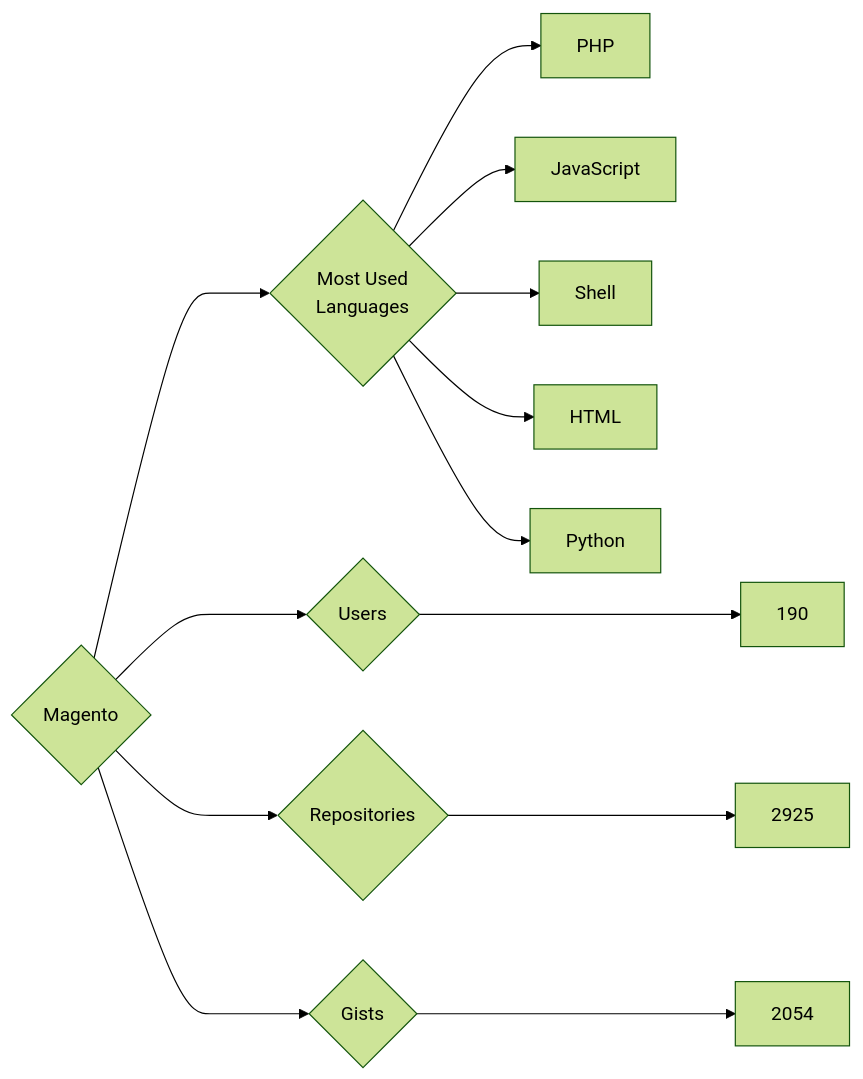
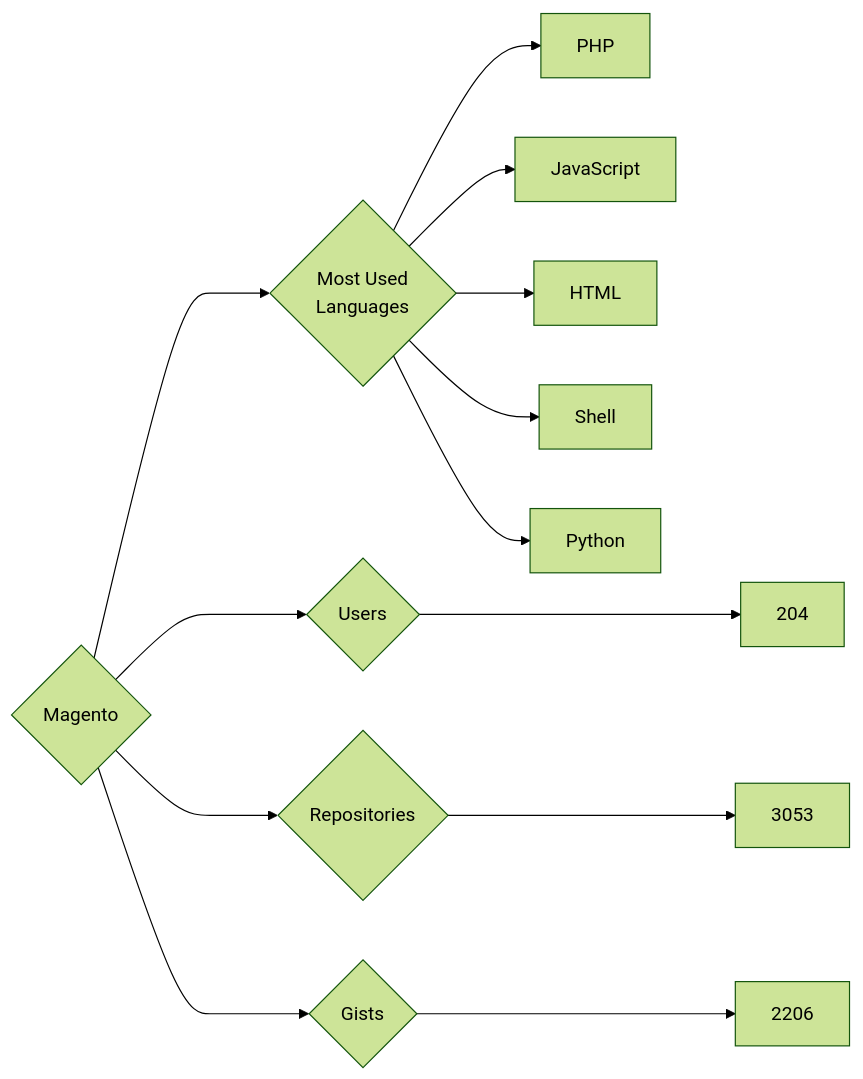
Before and after one commit to trickest/insiders: the diagram in targets/Magento/README.md, drawn with Mermaid (forest theme). The commit also changed 1696 other files, not shown here.

````diff
--- a/targets/Magento/README.md
+++ b/targets/Magento/README.md
@@ -3,13 +3,13 @@
 ```mermaid
 graph LR
 COMPANY_NAME{Magento}
-COMPANY_NAME ---> U{Users} ---> UN[190]
-COMPANY_NAME ---> R{Repositories} ---> RN[2925]
-COMPANY_NAME ---> G{Gists} ---> GN[2054]
+COMPANY_NAME ---> U{Users} ---> UN[204]
+COMPANY_NAME ---> R{Repositories} ---> RN[3053]
+COMPANY_NAME ---> G{Gists} ---> GN[2206]
 COMPANY_NAME ---> ML{Most Used<br>Languages}
 ML --> PHP[PHP]
 ML --> JavaScript[JavaScript]
+ML --> HTML[HTML]
 ML --> Shell[Shell]
-ML --> HTML[HTML]
 ML --> Python[Python]
 ```
````
